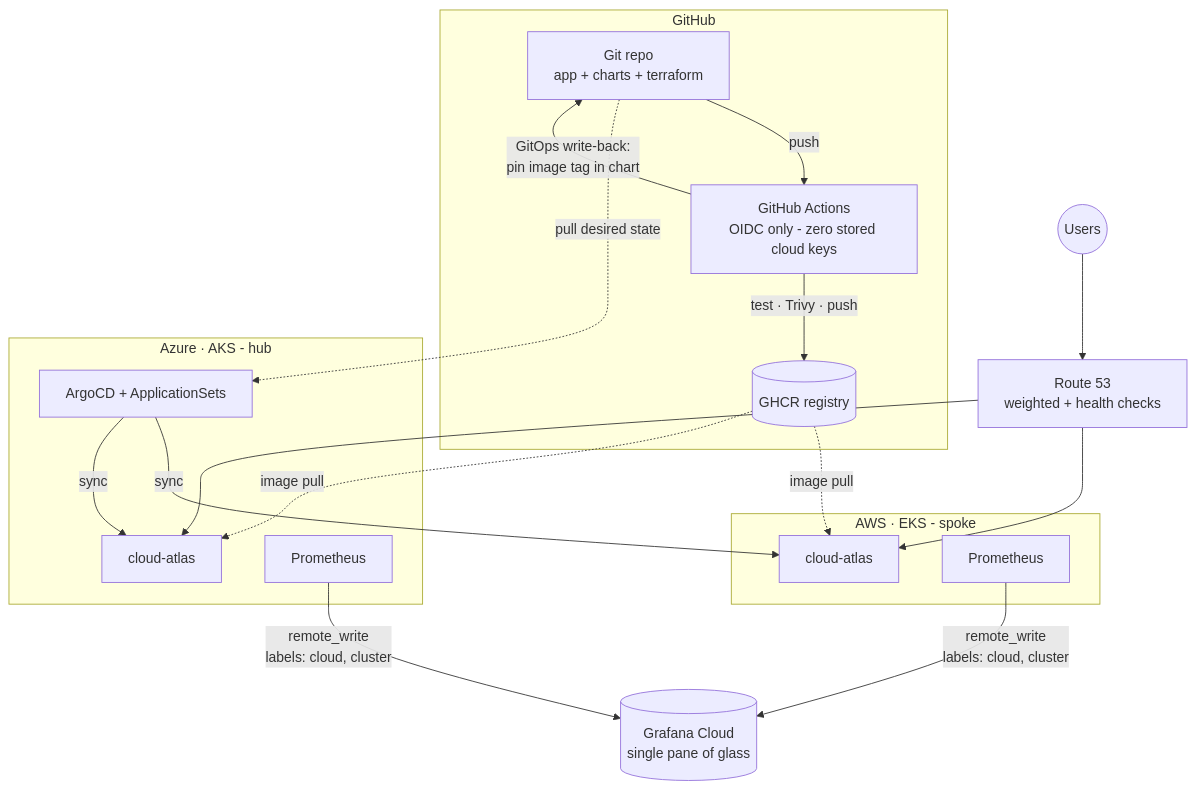
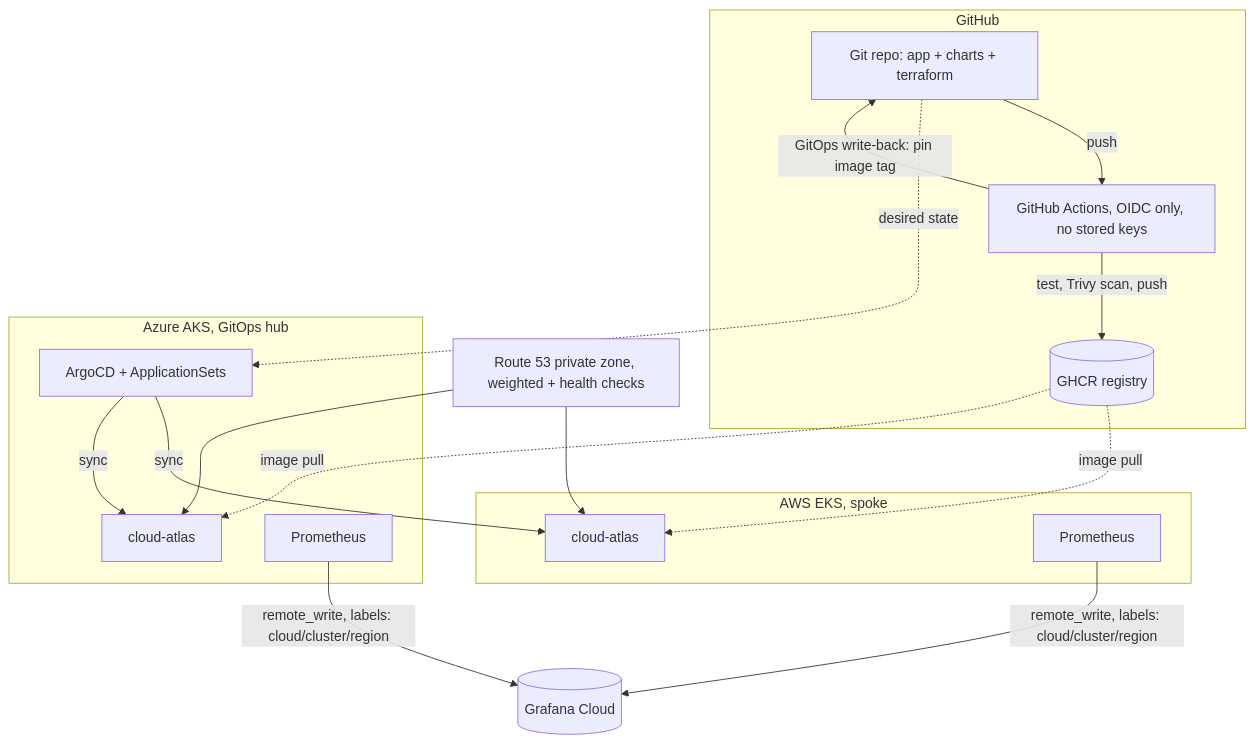
One commit to krishnakala987-byte/multi-cloud-gitops-platform changed the diagram in README.md. Above: the diagram before and after it, drawn with Mermaid. The commit also changed other lines of this file, not shown here.

````diff
--- a/README.md
+++ b/README.md
@@ -15,31 +11,25 @@
 ```mermaid
 flowchart TB
     subgraph GitHub
-        REPO[Git repo<br/>app + charts + terraform]
-        CI[GitHub Actions<br/>OIDC only - zero stored cloud keys]
+        REPO[Git repo: app + charts + terraform]
+        CI[GitHub Actions, OIDC only, no stored keys]
         GHCR[(GHCR registry)]
     end
-
     REPO -->|push| CI
-    CI -->|test · Trivy · push| GHCR
-    CI -->|GitOps write-back:<br/>pin image tag in chart| REPO
-
-    subgraph AKS [Azure · AKS - hub]
+    CI -->|test, Trivy scan, push| GHCR
+    CI -->|GitOps write-back: pin image tag| REPO
+    subgraph AKS [Azure AKS, GitOps hub]
         ARGO[ArgoCD + ApplicationSets]
         APP2[cloud-atlas]
         P2[Prometheus]
     end
-    subgraph EKS [AWS · EKS - spoke]
+    subgraph EKS [AWS EKS, spoke]
         APP1[cloud-atlas]
         P1[Prometheus]
     end
-
-    REPO -.->|pull desired state| ARGO
+    REPO -.->|desired state| ARGO
     ARGO -->|sync| APP1 & APP2
     GHCR -.->|image pull| APP1 & APP2
-
-    P1 & P2 -->|remote_write<br/>labels: cloud, cluster| GC[(Grafana Cloud<br/>single pane of glass)]
-
-    U((Users)) --> R53[Route 53<br/>weighted + health checks]
-    R53 --> APP1 & APP2
+    P1 & P2 -->|remote_write, labels: cloud/cluster/region| GC[(Grafana Cloud)]
+    R53[Route 53 private zone, weighted + health checks] --> APP1 & APP2
 ```
````
